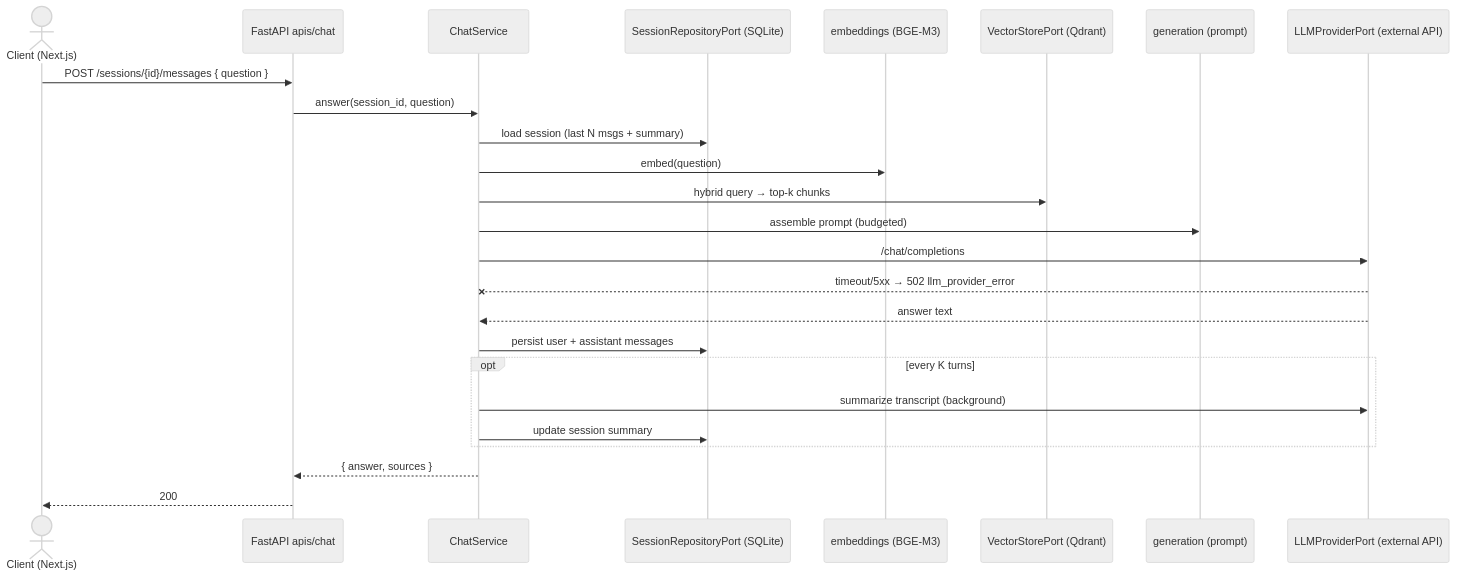
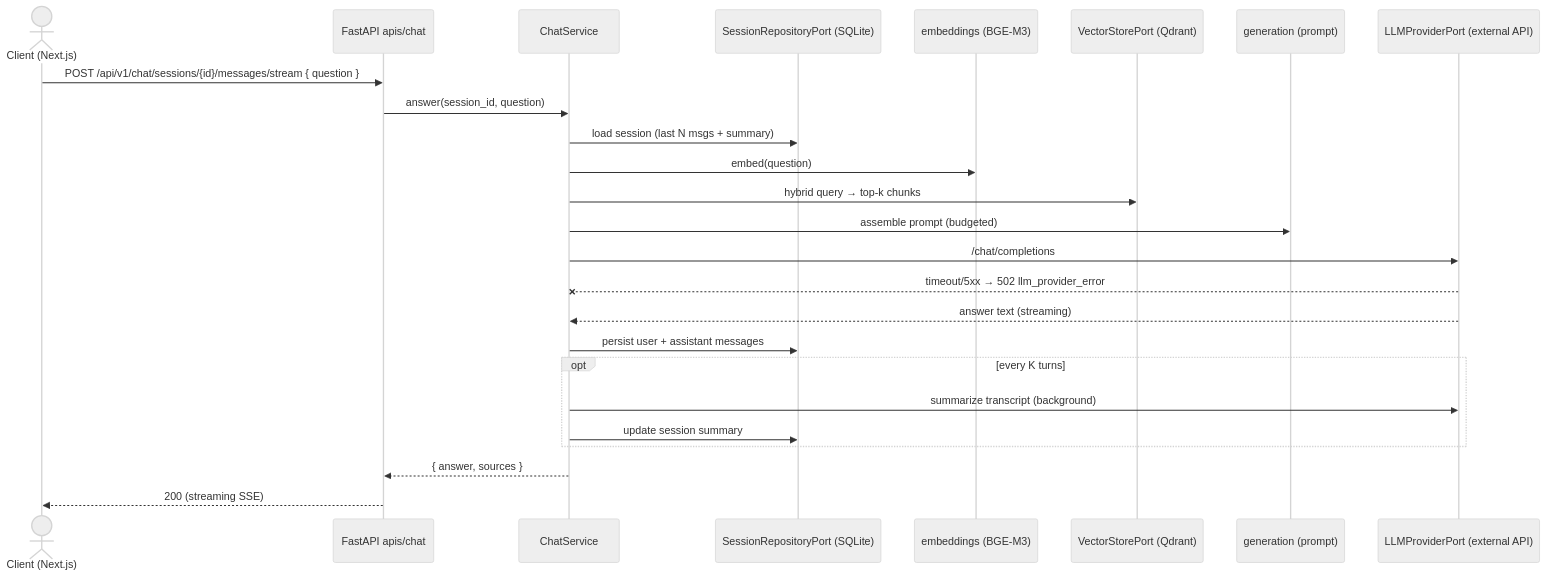
The second of 2 diagrams in docs/diagrams/api-interactions.md (Abdelrhman941/MyRAG-Project), drawn with Mermaid (neutral theme) before and after one commit. The commit also changed other lines of this file and 4 other files, not shown here.

Commit message:
docs: fix 5 doc inconsistencies (ARQ vs BackgroundTasks, ERD FK, API paths, SST wording, fp16/ONNX)

````diff
--- a/docs/diagrams/api-interactions.md
+++ b/docs/diagrams/api-interactions.md
@@ -43,28 +44,28 @@
 ```mermaid
 sequenceDiagram
     actor C as Client (Next.js)
     participant API as FastAPI apis/chat
     participant CS as ChatService
     participant SR as SessionRepositoryPort (SQLite)
     participant EMB as embeddings (BGE-M3)
     participant QD as VectorStorePort (Qdrant)
     participant GEN as generation (prompt)
     participant LLM as LLMProviderPort (external API)
 
-    C->>API: POST /sessions/{id}/messages { question }
+    C->>API: POST /api/v1/chat/sessions/{id}/messages/stream { question }
     API->>CS: answer(session_id, question)
     CS->>SR: load session (last N msgs + summary)
     CS->>EMB: embed(question)
     CS->>QD: hybrid query → top-k chunks
     CS->>GEN: assemble prompt (budgeted)
     CS->>LLM: /chat/completions
     LLM--xCS: timeout/5xx → 502 llm_provider_error
-    LLM-->>CS: answer text
+    LLM-->>CS: answer text (streaming)
     CS->>SR: persist user + assistant messages
     opt every K turns
         CS->>LLM: summarize transcript (background)
         CS->>SR: update session summary
     end
     CS-->>API: { answer, sources }
-    API-->>C: 200
+    API-->>C: 200 (streaming SSE)
 ```
````
